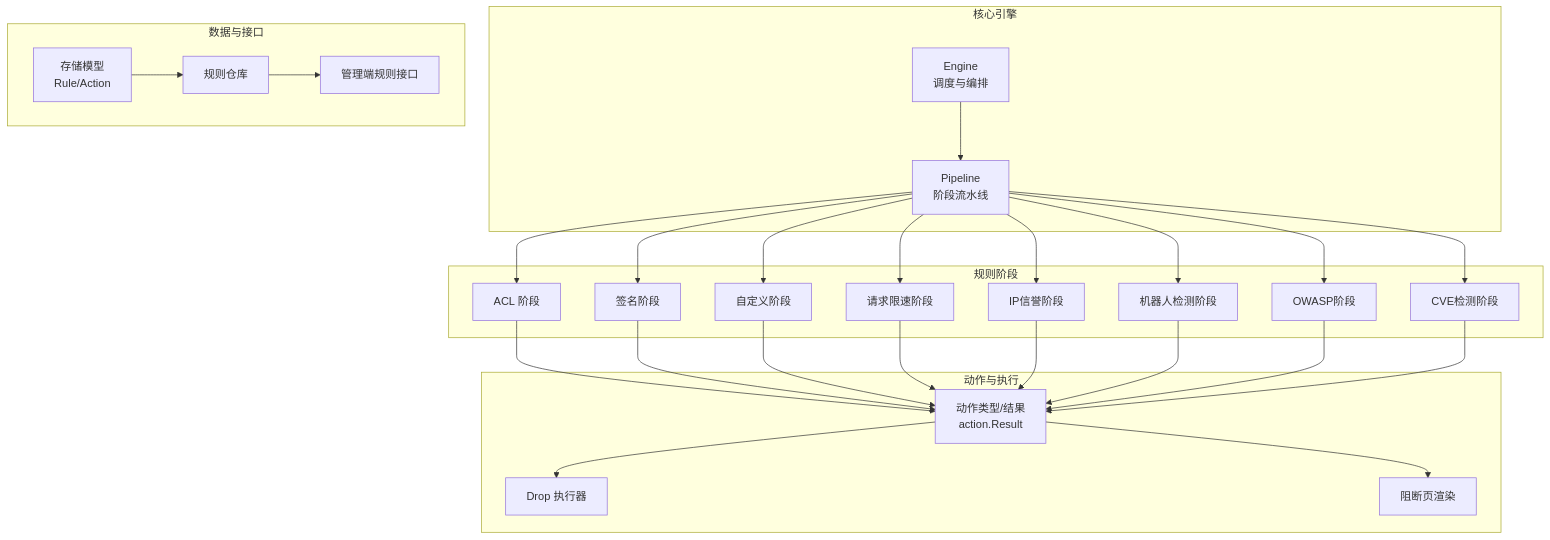
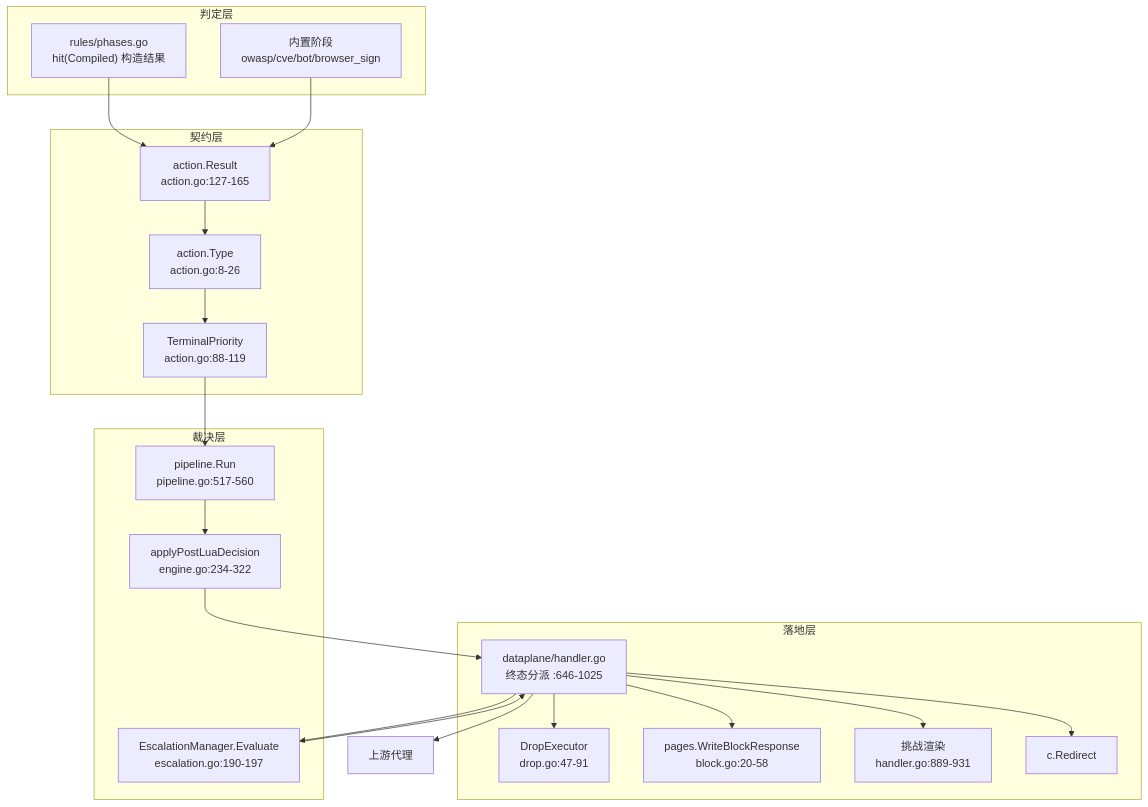
The first of 6 diagrams in docs/WAF 引擎系统/动作与结果系统.md (x01n/My-OpenWaf), drawn with Mermaid before and after one commit. The commit also changed other lines of this file and 622 other files, not shown here.

````diff
--- a/docs/WAF 引擎系统/动作与结果系统.md
+++ b/docs/WAF 引擎系统/动作与结果系统.md
@@ -43,48 +56,38 @@
 ```mermaid
 graph TB
-subgraph "核心引擎"
-ENG["Engine<br/>调度与编排"]
-PIPE["Pipeline<br/>阶段流水线"]
+subgraph "判定层"
+RS["rules/phases.go<br/>hit(Compiled) 构造结果"]
+OW["内置阶段<br/>owasp/cve/bot/browser_sign"]
 end
-subgraph "规则阶段"
-PH_A["ACL 阶段"]
-PH_S["签名阶段"]
-PH_C["自定义阶段"]
-PH_RL["请求限速阶段"]
-PH_IPR["IP信誉阶段"]
-PH_BOT["机器人检测阶段"]
-PH_OWS["OWASP阶段"]
-PH_CVE["CVE检测阶段"]
+subgraph "契约层"
+TY["action.Type<br/>action.go:8-26"]
+RE["action.Result<br/>action.go:127-165"]
+TP["TerminalPriority<br/>action.go:88-119"]
 end
-subgraph "动作与执行"
-ACT["动作类型/结果<br/>action.Result"]
-DROP["Drop 执行器"]
-BLOCK["阻断页渲染"]
+subgraph "裁决层"
+RUN["pipeline.Run<br/>pipeline.go:517-560"]
+LUA["applyPostLuaDecision<br/>engine.go:234-322"]
+ESC["EscalationManager.Evaluate<br/>escalation.go:190-197"]
 end
-subgraph "数据与接口"
-STORE["存储模型<br/>Rule/Action"]
-REPO["规则仓库"]
-ADMIN["管理端规则接口"]
+subgraph "落地层"
+HND["dataplane/handler.go<br/>终态分派 :646-1025"]
+DRP["DropExecutor<br/>drop.go:47-91"]
+PGS["pages.WriteBlockResponse<br/>block.go:20-58"]
+CHL["挑战渲染<br/>handler.go:889-931"]
+RDR["c.Redirect"]
 end
-ENG --> PIPE
-PIPE --> PH_A
-PIPE --> PH_S
-PIPE --> PH_C
-PIPE --> PH_RL
-PIPE --> PH_IPR
-PIPE --> PH_BOT
-PIPE --> PH_OWS
-PIPE --> PH_CVE
-PH_A --> ACT
-PH_S --> ACT
-PH_C --> ACT
-PH_RL --> ACT
-PH_IPR --> ACT
-PH_BOT --> ACT
-PH_OWS --> ACT
-PH_CVE --> ACT
-ACT --> DROP
-ACT --> BLOCK
-STORE --> REPO
-REPO --> ADMIN
+HND --> UP["上游代理"]
+RS --> RE
+OW --> RE
+RE --> TY
+TY --> TP
+TP --> RUN
+RUN --> LUA
+LUA --> HND
+HND --> ESC
+ESC --> HND
+HND --> DRP
+HND --> PGS
+HND --> CHL
+HND --> RDR
 ```
````
